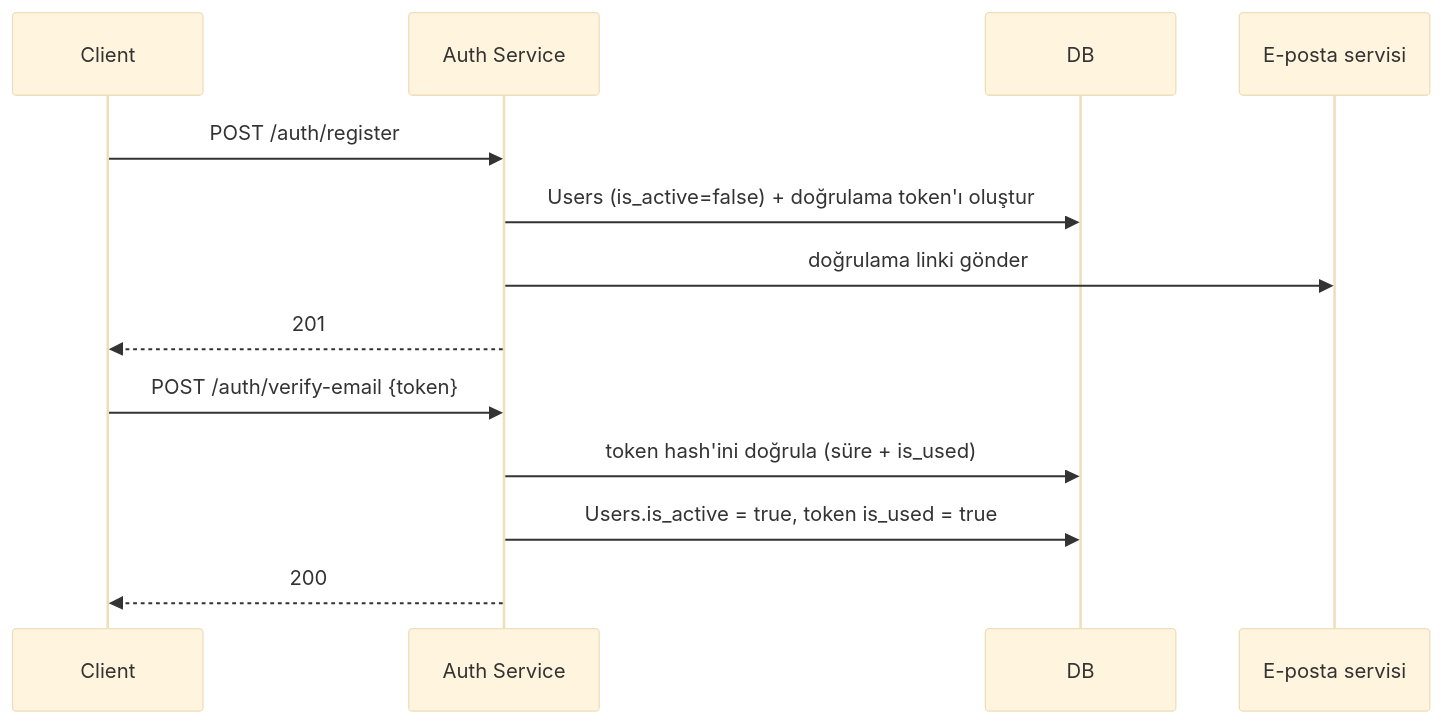
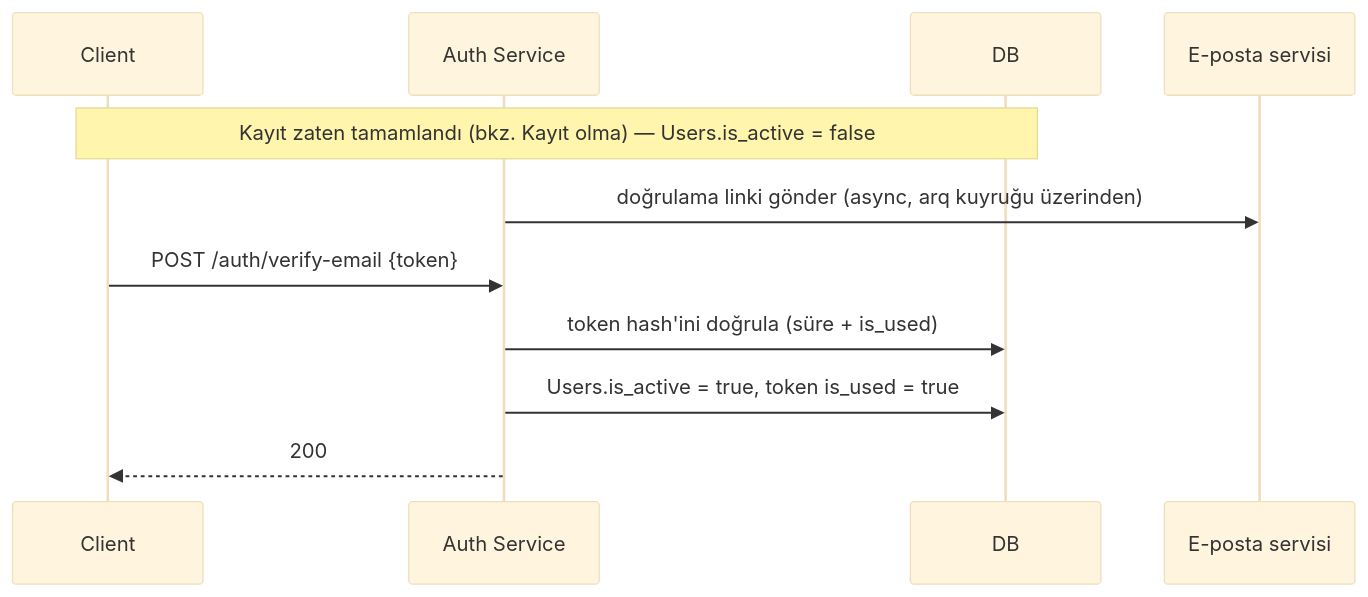
One commit to yusufkrnz/NPBackDocs changed the diagram in docs/services/auth-service/email-verification.mdx. Above: the diagram before and after it, drawn with Mermaid (base theme). The commit also changed other lines of this file and 37 other files, not shown here.

````diff
--- a/docs/services/auth-service/email-verification.mdx
+++ b/docs/services/auth-service/email-verification.mdx
@@ -13,17 +13,16 @@
 ```mermaid
 sequenceDiagram
     participant Client
     participant Auth as Auth Service
     participant DB
     participant Mail as E-posta servisi
 
-    Client->>Auth: POST /auth/register
-    Auth->>DB: Users (is_active=false) + doğrulama token'ı oluştur
-    Auth->>Mail: doğrulama linki gönder
-    Auth-->>Client: 201
+    Note over Client,DB: Kayıt zaten tamamlandı (bkz. Kayıt olma) — Users.is_active = false
+
+    Auth->>Mail: doğrulama linki gönder (async, arq kuyruğu üzerinden)
 
     Client->>Auth: POST /auth/verify-email {token}
     Auth->>DB: token hash'ini doğrula (süre + is_used)
     Auth->>DB: Users.is_active = true, token is_used = true
     Auth-->>Client: 200
 ```
````
